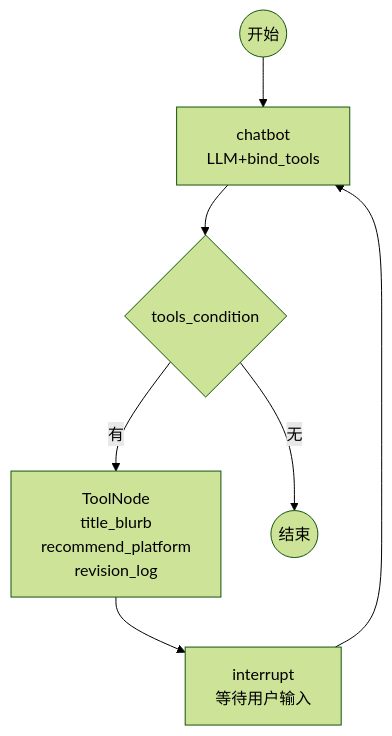
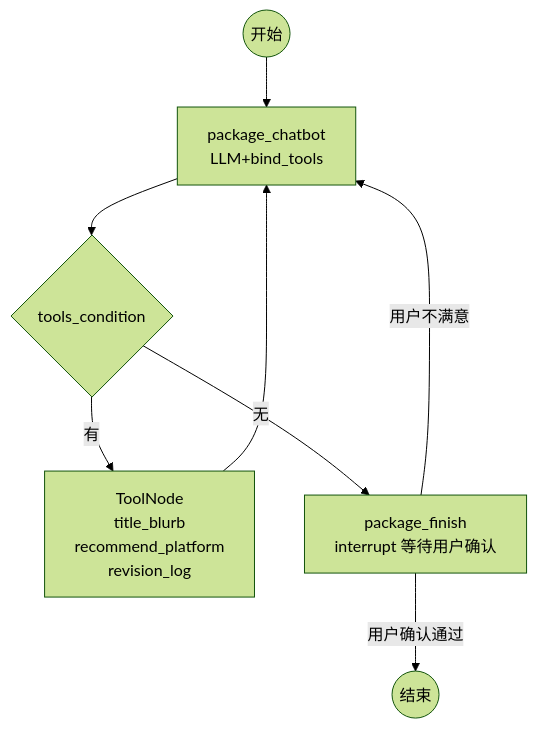
Before and after one commit to 30998772/novelist: the diagram in langgraph-writer/docs/subgraph_包装.mmd, drawn with Mermaid (forest theme). The commit also changed 30 other files, not shown here.

```diff
--- a/langgraph-writer/docs/subgraph_包装.mmd
+++ b/langgraph-writer/docs/subgraph_包装.mmd
@@ -1,7 +1,8 @@
 graph TB
-    START((开始)) --> CHATBOT["chatbot<br/>LLM+bind_tools"]
+    START((开始)) --> CHATBOT["package_chatbot<br/>LLM+bind_tools"]
     CHATBOT --> TC{"tools_condition"}
     TC -- "有" --> TOOLS["ToolNode<br/>title_blurb<br/>recommend_platform<br/>revision_log"]
-    TC -- "无" --> END((结束))
-    TOOLS --> INTERRUPT["interrupt<br/>等待用户输入"]
-    INTERRUPT --> CHATBOT
+    TC -- "无" --> FINISH["package_finish<br/>interrupt 等待用户确认"]
+    TOOLS --> CHATBOT
+    FINISH -- "用户确认通过" --> END((结束))
+    FINISH -- "用户不满意" --> CHATBOT
```
